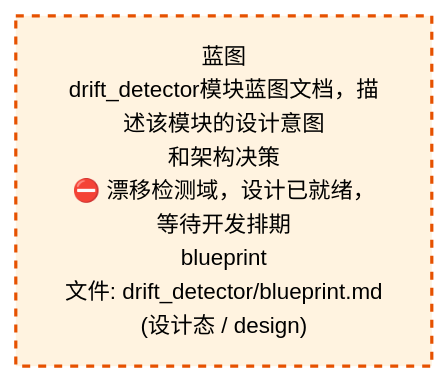
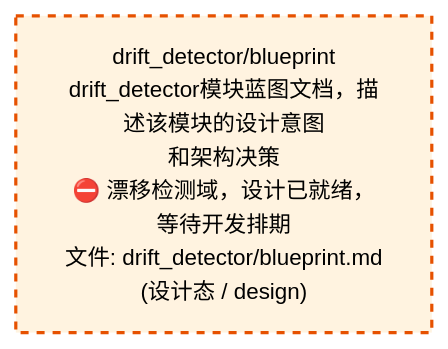
One commit to xuanFelixVan/ZephyrAlpha changed the third of 4 diagrams in docs/02_enterprise_architecture/02_domain_architecture_docs/52_d_gov_drift.md. Above: the diagram before and after it, drawn with Mermaid. The commit also changed other lines of this file and 58 other files, not shown here.

````diff
--- a/docs/02_enterprise_architecture/02_domain_architecture_docs/52_d_gov_drift.md
+++ b/docs/02_enterprise_architecture/02_domain_architecture_docs/52_d_gov_drift.md
@@ -458,10 +458,10 @@
 ```mermaid
 %%{init: {'theme': 'base', 'themeVariables': {'primaryColor': '#eaeaea', 'primaryTextColor': '#333333', 'primaryBorderColor': '#666666', 'lineColor': '#666666', 'secondaryColor': '#eaeaea', 'tertiaryColor': '#eaeaea', 'fontSize': '14px'}}}%%
 flowchart TD
-    docs_03_modules_domain_governance_drift_detector_blueprint_md["蓝图<br/>drift_detector模块蓝图文档，描述该模块的设计意图<br/>和架构决策<br/>⛔ 漂移检测域，设计已就绪，等待开发排期<br/>blueprint<br/>文件: drift_detector/blueprint.md<br/>(设计态 / design)"]
+    docs_03_modules_domain_governance_drift_detector_blueprint_md["drift_detector/blueprint<br/>drift_detector模块蓝图文档，描述该模块的设计意图<br/>和架构决策<br/>⛔ 漂移检测域，设计已就绪，等待开发排期<br/>文件: drift_detector/blueprint.md<br/>(设计态 / design)"]
     classDef production fill:#e1f5fe,stroke:#01579b,stroke-width:2px,color:#000
     classDef design fill:#fff3e0,stroke:#e65100,stroke-width:2px,color:#000,stroke-dasharray: 5 5
     classDef external_prod fill:#e8f4fd,stroke:#0277bd,stroke-width:1px,color:#000
     classDef external_design fill:#fff8e7,stroke:#ef6c00,stroke-width:1px,color:#000,stroke-dasharray: 5 5
     class docs_03_modules_domain_governance_drift_detector_blueprint_md design
 ```
````
